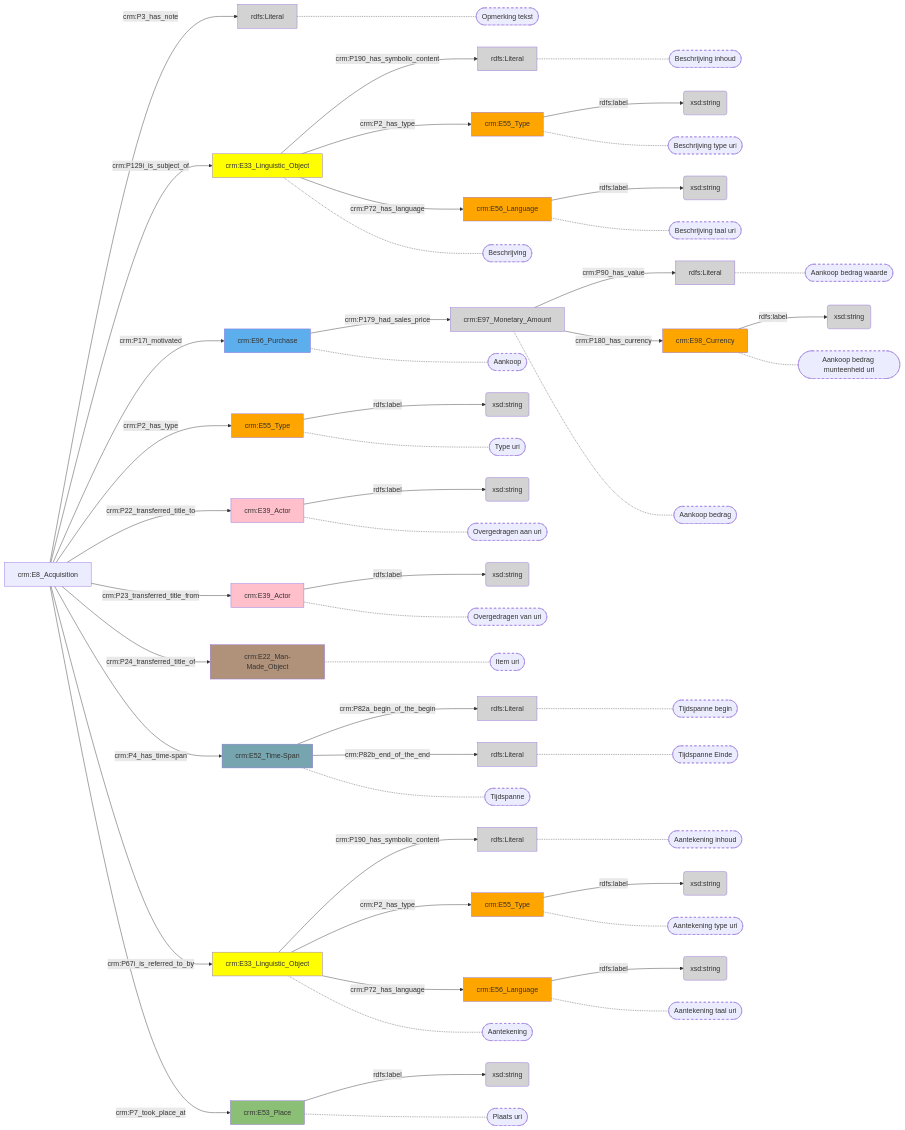
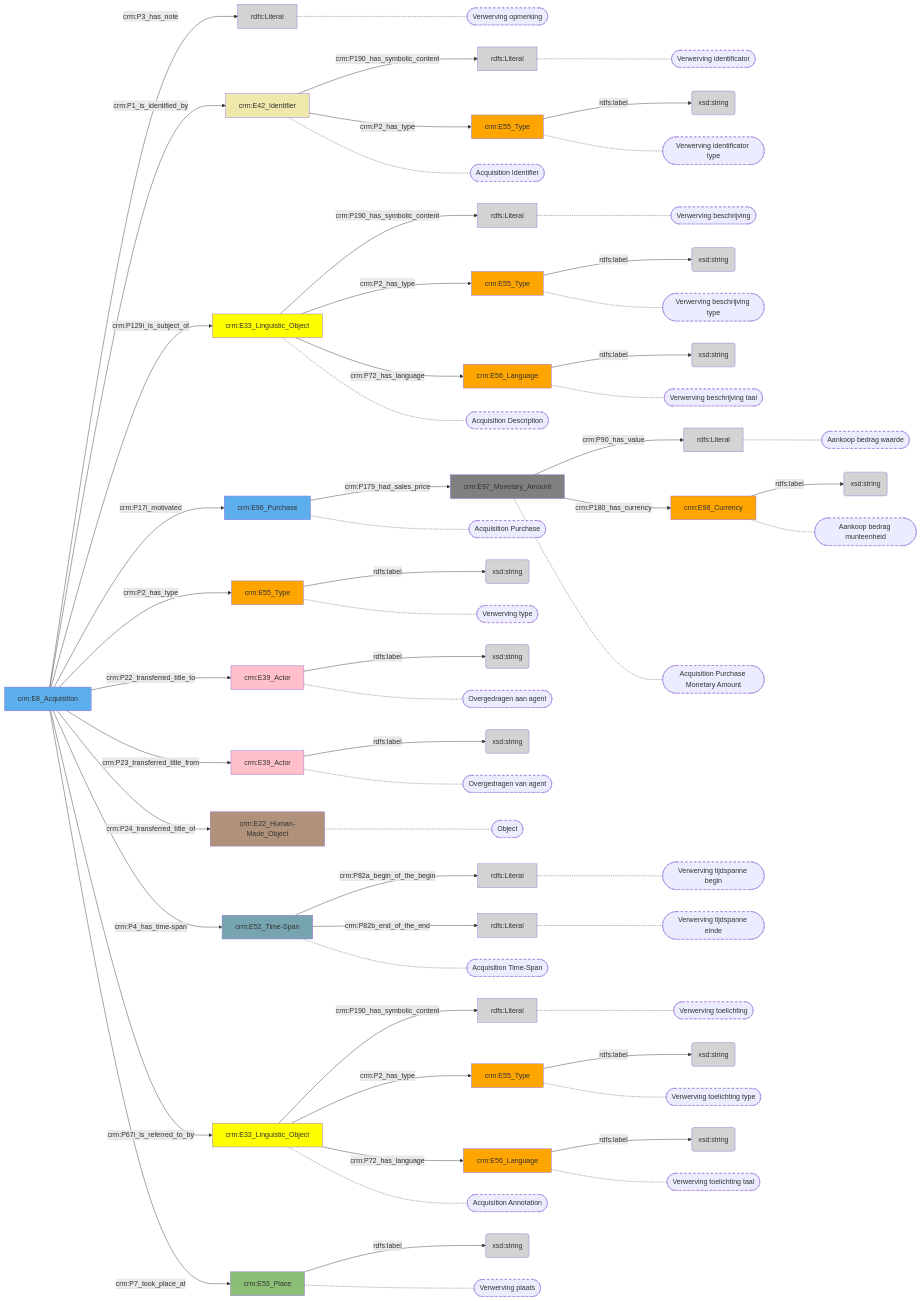
Before and after one commit to digipolisantwerpdocumentation/antwerp-cultureel-erfgoed: the diagram in docs/content/modellen/Acquisition.md, drawn with Mermaid. The commit also changed 173 other files, not shown here.

````diff
--- a/docs/content/modellen/Acquisition.md
+++ b/docs/content/modellen/Acquisition.md
@@ -14,26 +14,31 @@
 920ead2a-e990-11ed-9232-00163e71351b["crm:E52_Time-Span"]-->|"crm:P82b_end_of_the_end"|920eb400-e990-11ed-9232-00163e71351b(rdfs:Literal)
 99988ee4-e990-11ed-9232-00163e71351b["crm:E55_Type"]-->|"rdfs:label"|999895b0-e990-11ed-9232-00163e71351b(xsd:string)
 b2f4b0e2-e991-11ed-9064-00163e71351b["crm:E39_Actor"]-->|"rdfs:label"|c905c4f2-e991-11ed-9232-00163e71351b(xsd:string)
+b35a7c94-b086-11ee-b321-960002548b4f["crm:E42_Identifier"]-->|"crm:P190_has_symbolic_content"|b35a81b6-b086-11ee-a40a-960002548b4f(rdfs:Literal)
+b35a82e2-b086-11ee-913f-960002548b4f["crm:E55_Type"]-->|"rdfs:label"|b35a8079-b086-11ee-a834-960002548b4f(xsd:string)
 cc4f2144-ea6d-11ed-9232-00163e71351b["crm:E97_Monetary_Amount"]-->|"crm:P90_has_value"|bfbfd116-ee5b-11ed-9232-00163e71351b(rdfs:Literal)
 0a2a3cd4-e991-11ed-9064-00163e71351b["crm:E33_Linguistic_Object"]-->|"crm:P2_has_type"|0a2a44d6-e991-11ed-9064-00163e71351b["crm:E55_Type"]
 0a2a3cd4-e991-11ed-9064-00163e71351b["crm:E33_Linguistic_Object"]-->|"crm:P72_has_language"|0a2a479c-e991-11ed-9064-00163e71351b["crm:E56_Language"]
 37872002-ea6d-11ed-a1e6-00163e71351b["crm:E96_Purchase"]-->|"crm:P179_had_sales_price"|cc4f2144-ea6d-11ed-9232-00163e71351b["crm:E97_Monetary_Amount"]
+7b658ca8-d44e-11ed-9064-00163e71351b["crm:E8_Acquisition"]-->|"crm:P1_is_identified_by"|b35a7c94-b086-11ee-b321-960002548b4f["crm:E42_Identifier"]
 7b658ca8-d44e-11ed-9064-00163e71351b["crm:E8_Acquisition"]-->|"crm:P129i_is_subject_of"|0a2a3cd4-e991-11ed-9064-00163e71351b["crm:E33_Linguistic_Object"]
 7b658ca8-d44e-11ed-9064-00163e71351b["crm:E8_Acquisition"]-->|"crm:P17i_motivated"|37872002-ea6d-11ed-a1e6-00163e71351b["crm:E96_Purchase"]
 7b658ca8-d44e-11ed-9064-00163e71351b["crm:E8_Acquisition"]-->|"crm:P2_has_type"|99988ee4-e990-11ed-9232-00163e71351b["crm:E55_Type"]
 7b658ca8-d44e-11ed-9064-00163e71351b["crm:E8_Acquisition"]-->|"crm:P22_transferred_title_to"|b2f4b0e2-e991-11ed-9064-00163e71351b["crm:E39_Actor"]
 7b658ca8-d44e-11ed-9064-00163e71351b["crm:E8_Acquisition"]-->|"crm:P23_transferred_title_from"|8be2fd34-e990-11ed-9655-00163e71351b["crm:E39_Actor"]
-7b658ca8-d44e-11ed-9064-00163e71351b["crm:E8_Acquisition"]-->|"crm:P24_transferred_title_of"|39e86e48-e994-11ed-9232-00163e71351b["crm:E22_Man-Made_Object"]
+7b658ca8-d44e-11ed-9064-00163e71351b["crm:E8_Acquisition"]-->|"crm:P24_transferred_title_of"|39e86e48-e994-11ed-9232-00163e71351b["crm:E22_Human-Made_Object"]
 7b658ca8-d44e-11ed-9064-00163e71351b["crm:E8_Acquisition"]-->|"crm:P4_has_time-span"|920ead2a-e990-11ed-9232-00163e71351b["crm:E52_Time-Span"]
 7b658ca8-d44e-11ed-9064-00163e71351b["crm:E8_Acquisition"]-->|"crm:P67i_is_referred_to_by"|8b3dd634-ee3a-11ed-9232-00163e71351b["crm:E33_Linguistic_Object"]
 7b658ca8-d44e-11ed-9064-00163e71351b["crm:E8_Acquisition"]-->|"crm:P7_took_place_at"|7fd84e3a-e991-11ed-9655-00163e71351b["crm:E53_Place"]
 8b3dd634-ee3a-11ed-9232-00163e71351b["crm:E33_Linguistic_Object"]-->|"crm:P2_has_type"|8b3dda12-ee3a-11ed-9232-00163e71351b["crm:E55_Type"]
 8b3dd634-ee3a-11ed-9232-00163e71351b["crm:E33_Linguistic_Object"]-->|"crm:P72_has_language"|8b3ddb52-ee3a-11ed-9232-00163e71351b["crm:E56_Language"]
+b35a7c94-b086-11ee-b321-960002548b4f["crm:E42_Identifier"]-->|"crm:P2_has_type"|b35a82e2-b086-11ee-913f-960002548b4f["crm:E55_Type"]
 cc4f2144-ea6d-11ed-9232-00163e71351b["crm:E97_Monetary_Amount"]-->|"crm:P180_has_currency"|0b25d0f2-ee5b-11ed-9064-00163e71351b["crm:E98_Currency"]
 style 0a2a41ac-e991-11ed-9064-00163e71351b_s stroke-dasharray: 5
 style 0a2a44d6-e991-11ed-9064-00163e71351b_s stroke-dasharray: 5
 style 0a2a479c-e991-11ed-9064-00163e71351b_s stroke-dasharray: 5
 style cc4f2144-ea6d-11ed-9232-00163e71351b_s stroke-dasharray: 5
+style b35a7c94-b086-11ee-b321-960002548b4f_s stroke-dasharray: 5
 style 0a2a3cd4-e991-11ed-9064-00163e71351b_s stroke-dasharray: 5
 style 37872002-ea6d-11ed-a1e6-00163e71351b_s stroke-dasharray: 5
 style 99988ee4-e990-11ed-9232-00163e71351b_s stroke-dasharray: 5
@@ -49,28 +54,33 @@
 style 8b3ddb52-ee3a-11ed-9232-00163e71351b_s stroke-dasharray: 5
 style 920eb66c-e990-11ed-9232-00163e71351b_s stroke-dasharray: 5
 style 920eb400-e990-11ed-9232-00163e71351b_s stroke-dasharray: 5
+style b35a81b6-b086-11ee-a40a-960002548b4f_s stroke-dasharray: 5
+style b35a82e2-b086-11ee-913f-960002548b4f_s stroke-dasharray: 5
 style 0b25d0f2-ee5b-11ed-9064-00163e71351b_s stroke-dasharray: 5
 style bfbfd116-ee5b-11ed-9232-00163e71351b_s stroke-dasharray: 5
-0a2a41ac-e991-11ed-9064-00163e71351b["rdfs:Literal"]-.-0a2a41ac-e991-11ed-9064-00163e71351b_s(["Beschrijving inhoud"])
-0a2a44d6-e991-11ed-9064-00163e71351b["crm:E55_Type"]-.-0a2a44d6-e991-11ed-9064-00163e71351b_s(["Beschrijving type uri"])
-0a2a479c-e991-11ed-9064-00163e71351b["crm:E56_Language"]-.-0a2a479c-e991-11ed-9064-00163e71351b_s(["Beschrijving taal uri"])
-cc4f2144-ea6d-11ed-9232-00163e71351b["crm:E97_Monetary_Amount"]-.-cc4f2144-ea6d-11ed-9232-00163e71351b_s(["Aankoop bedrag"])
-0a2a3cd4-e991-11ed-9064-00163e71351b["crm:E33_Linguistic_Object"]-.-0a2a3cd4-e991-11ed-9064-00163e71351b_s(["Beschrijving"])
-37872002-ea6d-11ed-a1e6-00163e71351b["crm:E96_Purchase"]-.-37872002-ea6d-11ed-a1e6-00163e71351b_s(["Aankoop"])
-99988ee4-e990-11ed-9232-00163e71351b["crm:E55_Type"]-.-99988ee4-e990-11ed-9232-00163e71351b_s(["Type uri"])
-b2f4b0e2-e991-11ed-9064-00163e71351b["crm:E39_Actor"]-.-b2f4b0e2-e991-11ed-9064-00163e71351b_s(["Overgedragen aan uri"])
-8be2fd34-e990-11ed-9655-00163e71351b["crm:E39_Actor"]-.-8be2fd34-e990-11ed-9655-00163e71351b_s(["Overgedragen van uri"])
-39e86e48-e994-11ed-9232-00163e71351b["crm:E22_Man-Made_Object"]-.-39e86e48-e994-11ed-9232-00163e71351b_s(["Item uri"])
-122e596a-e991-11ed-9232-00163e71351b["rdfs:Literal"]-.-122e596a-e991-11ed-9232-00163e71351b_s(["Opmerking tekst"])
-920ead2a-e990-11ed-9232-00163e71351b["crm:E52_Time-Span"]-.-920ead2a-e990-11ed-9232-00163e71351b_s(["Tijdspanne"])
-8b3dd634-ee3a-11ed-9232-00163e71351b["crm:E33_Linguistic_Object"]-.-8b3dd634-ee3a-11ed-9232-00163e71351b_s(["Aantekening"])
-7fd84e3a-e991-11ed-9655-00163e71351b["crm:E53_Place"]-.-7fd84e3a-e991-11ed-9655-00163e71351b_s(["Plaats uri"])
-8b3ddc60-ee3a-11ed-9232-00163e71351b["rdfs:Literal"]-.-8b3ddc60-ee3a-11ed-9232-00163e71351b_s(["Aantekening inhoud"])
-8b3dda12-ee3a-11ed-9232-00163e71351b["crm:E55_Type"]-.-8b3dda12-ee3a-11ed-9232-00163e71351b_s(["Aantekening type uri"])
-8b3ddb52-ee3a-11ed-9232-00163e71351b["crm:E56_Language"]-.-8b3ddb52-ee3a-11ed-9232-00163e71351b_s(["Aantekening taal uri"])
-920eb66c-e990-11ed-9232-00163e71351b["rdfs:Literal"]-.-920eb66c-e990-11ed-9232-00163e71351b_s(["Tijdspanne begin"])
-920eb400-e990-11ed-9232-00163e71351b["rdfs:Literal"]-.-920eb400-e990-11ed-9232-00163e71351b_s(["Tijdspanne Einde"])
-0b25d0f2-ee5b-11ed-9064-00163e71351b["crm:E98_Currency"]-.-0b25d0f2-ee5b-11ed-9064-00163e71351b_s(["Aankoop bedrag munteenheid uri"])
+0a2a41ac-e991-11ed-9064-00163e71351b["rdfs:Literal"]-.-0a2a41ac-e991-11ed-9064-00163e71351b_s(["Verwerving beschrijving"])
+0a2a44d6-e991-11ed-9064-00163e71351b["crm:E55_Type"]-.-0a2a44d6-e991-11ed-9064-00163e71351b_s(["Verwerving beschrijving type"])
+0a2a479c-e991-11ed-9064-00163e71351b["crm:E56_Language"]-.-0a2a479c-e991-11ed-9064-00163e71351b_s(["Verwerving beschrijving taal"])
+cc4f2144-ea6d-11ed-9232-00163e71351b["crm:E97_Monetary_Amount"]-.-cc4f2144-ea6d-11ed-9232-00163e71351b_s(["Acquisition Purchase Monetary Amount"])
+b35a7c94-b086-11ee-b321-960002548b4f["crm:E42_Identifier"]-.-b35a7c94-b086-11ee-b321-960002548b4f_s(["Acquisition Identifier"])
+0a2a3cd4-e991-11ed-9064-00163e71351b["crm:E33_Linguistic_Object"]-.-0a2a3cd4-e991-11ed-9064-00163e71351b_s(["Acquisition Description"])
+37872002-ea6d-11ed-a1e6-00163e71351b["crm:E96_Purchase"]-.-37872002-ea6d-11ed-a1e6-00163e71351b_s(["Acquisition Purchase"])
+99988ee4-e990-11ed-9232-00163e71351b["crm:E55_Type"]-.-99988ee4-e990-11ed-9232-00163e71351b_s(["Verwerving type"])
+b2f4b0e2-e991-11ed-9064-00163e71351b["crm:E39_Actor"]-.-b2f4b0e2-e991-11ed-9064-00163e71351b_s(["Overgedragen aan agent"])
+8be2fd34-e990-11ed-9655-00163e71351b["crm:E39_Actor"]-.-8be2fd34-e990-11ed-9655-00163e71351b_s(["Overgedragen van agent"])
+39e86e48-e994-11ed-9232-00163e71351b["crm:E22_Human-Made_Object"]-.-39e86e48-e994-11ed-9232-00163e71351b_s(["Object"])
+122e596a-e991-11ed-9232-00163e71351b["rdfs:Literal"]-.-122e596a-e991-11ed-9232-00163e71351b_s(["Verwerving opmerking"])
+920ead2a-e990-11ed-9232-00163e71351b["crm:E52_Time-Span"]-.-920ead2a-e990-11ed-9232-00163e71351b_s(["Acquisition Time-Span"])
+8b3dd634-ee3a-11ed-9232-00163e71351b["crm:E33_Linguistic_Object"]-.-8b3dd634-ee3a-11ed-9232-00163e71351b_s(["Acquisition Annotation"])
+7fd84e3a-e991-11ed-9655-00163e71351b["crm:E53_Place"]-.-7fd84e3a-e991-11ed-9655-00163e71351b_s(["Verwerving plaats"])
+8b3ddc60-ee3a-11ed-9232-00163e71351b["rdfs:Literal"]-.-8b3ddc60-ee3a-11ed-9232-00163e71351b_s(["Verwerving toelichting"])
+8b3dda12-ee3a-11ed-9232-00163e71351b["crm:E55_Type"]-.-8b3dda12-ee3a-11ed-9232-00163e71351b_s(["Verwerving toelichting type"])
+8b3ddb52-ee3a-11ed-9232-00163e71351b["crm:E56_Language"]-.-8b3ddb52-ee3a-11ed-9232-00163e71351b_s(["Verwerving toelichting taal"])
+920eb66c-e990-11ed-9232-00163e71351b["rdfs:Literal"]-.-920eb66c-e990-11ed-9232-00163e71351b_s(["Verwerving tijdspanne begin"])
+920eb400-e990-11ed-9232-00163e71351b["rdfs:Literal"]-.-920eb400-e990-11ed-9232-00163e71351b_s(["Verwerving tijdspanne einde"])
+b35a81b6-b086-11ee-a40a-960002548b4f["rdfs:Literal"]-.-b35a81b6-b086-11ee-a40a-960002548b4f_s(["Verwerving identificator"])
+b35a82e2-b086-11ee-913f-960002548b4f["crm:E55_Type"]-.-b35a82e2-b086-11ee-913f-960002548b4f_s(["Verwerving identificator type"])
+0b25d0f2-ee5b-11ed-9064-00163e71351b["crm:E98_Currency"]-.-0b25d0f2-ee5b-11ed-9064-00163e71351b_s(["Aankoop bedrag munteenheid"])
 bfbfd116-ee5b-11ed-9232-00163e71351b["rdfs:Literal"]-.-bfbfd116-ee5b-11ed-9232-00163e71351b_s(["Aankoop bedrag waarde"])
 style 0a2a3cd4-e991-11ed-9064-00163e71351b fill:#ffff00
 style 0a2a41ac-e991-11ed-9064-00163e71351b fill:#D3D3D3
@@ -83,6 +93,7 @@
 style 2b87213e-ee5b-11ed-9232-00163e71351b fill:#D3D3D3
 style 37872002-ea6d-11ed-a1e6-00163e71351b fill:#5DAEEC
 style 39e86e48-e994-11ed-9232-00163e71351b fill:#B0927A
+style 7b658ca8-d44e-11ed-9064-00163e71351b fill:#5DAEEC
 style 7fd84e3a-e991-11ed-9655-00163e71351b fill:#8CBF76
 style 8b3dd634-ee3a-11ed-9232-00163e71351b fill:#ffff00
 style 8b3dda12-ee3a-11ed-9232-00163e71351b fill:#ffa500
@@ -99,7 +110,11 @@
 style 99988ee4-e990-11ed-9232-00163e71351b fill:#ffa500
 style 999895b0-e990-11ed-9232-00163e71351b fill:#D3D3D3
 style b2f4b0e2-e991-11ed-9064-00163e71351b fill:#ffc0cb
+style b35a7c94-b086-11ee-b321-960002548b4f fill:#EEE8AA
+style b35a8079-b086-11ee-a834-960002548b4f fill:#D3D3D3
+style b35a81b6-b086-11ee-a40a-960002548b4f fill:#D3D3D3
+style b35a82e2-b086-11ee-913f-960002548b4f fill:#ffa500
 style bfbfd116-ee5b-11ed-9232-00163e71351b fill:#D3D3D3
 style c905c4f2-e991-11ed-9232-00163e71351b fill:#D3D3D3
-style cc4f2144-ea6d-11ed-9232-00163e71351b fill:#D3D3D3
+style cc4f2144-ea6d-11ed-9232-00163e71351b fill:#808080
 ```
````
